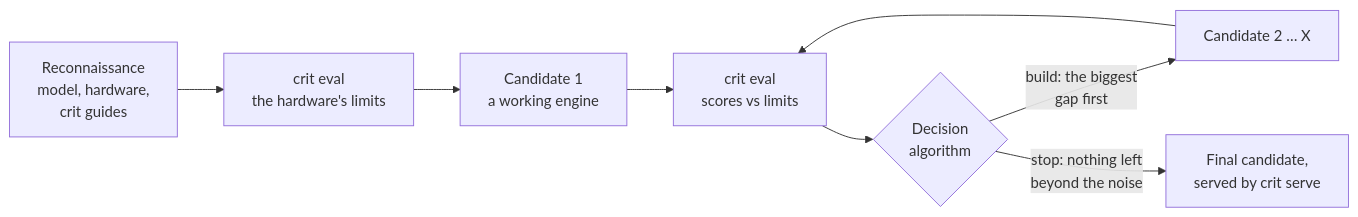
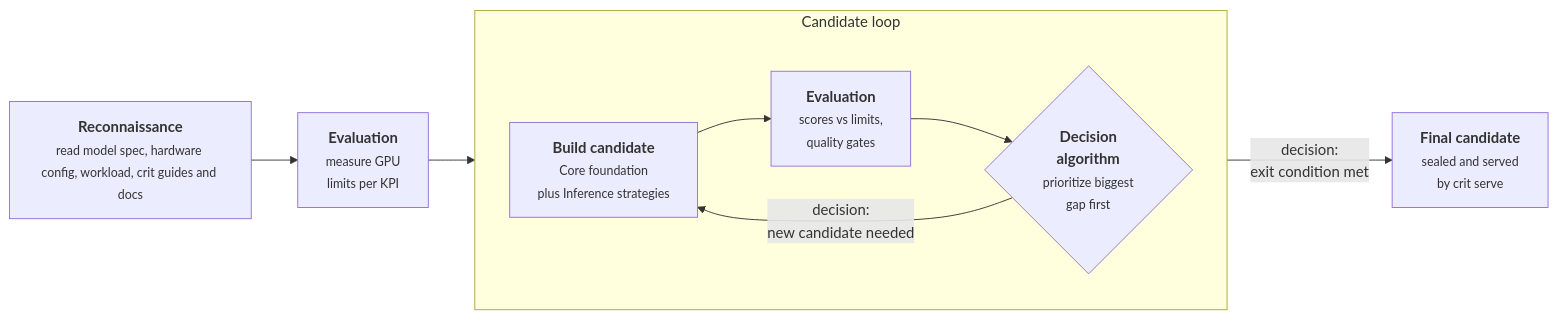
One commit to crit-labs/crit changed the diagram in README.md. Above: the diagram before and after it, drawn with Mermaid. The commit also changed other lines of this file and 125 other files, not shown here.

````diff
--- a/README.md
+++ b/README.md
@@ -243,10 +243,12 @@
 ```mermaid
 flowchart LR
-    recon["Reconnaissance<br/>model, hardware,<br/>crit guides"] --> limits["crit eval<br/>the hardware's limits"]
-    limits --> c1["Candidate 1<br/>a working engine"]
-    c1 --> measure["crit eval<br/>scores vs limits"]
-    measure --> decide{"Decision<br/>algorithm"}
-    decide -->|"build: the biggest<br/>gap first"| next["Candidate 2 … X"]
-    next --> measure
-    decide -->|"stop: nothing left<br/>beyond the noise"| final["Final candidate,<br/>served by crit serve"]
+    recon["<b>Reconnaissance</b><br/><small>read model spec, hardware config, workload, crit guides and docs</small>"] --> limits["<b>Evaluation</b><br/><small>measure GPU<br/>limits per KPI</small>"]
+    limits --> build
+    subgraph loop ["Candidate loop"]
+        direction LR
+        build["<b>Build candidate</b><br/><small>Core foundation<br/>plus Inference strategies</small>"] --> measure["<b>Evaluation</b><br/><small>scores vs limits,<br/>quality gates</small>"]
+        measure --> decide{"<b>Decision<br/>algorithm</b><br/><small>prioritize biggest<br/>gap first</small>"}
+        decide -- "decision:<br/>new candidate needed" --> build
+    end
+    decide -- "decision:<br/>exit condition met" --> final["<b>Final candidate</b><br/><small>sealed and served<br/>by crit serve</small>"]
 ```
````
